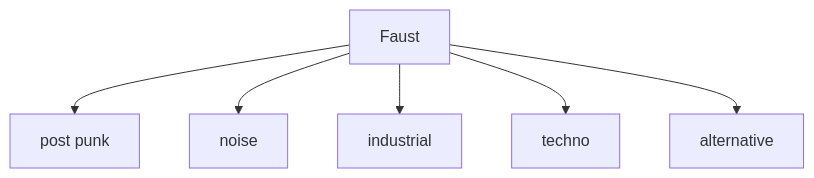
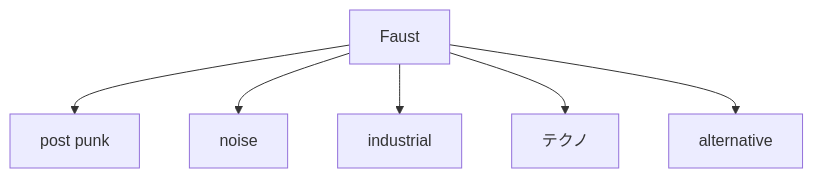
Before and after one commit to monumental-movement/monumental-movement.github.io: the sixth of 6 diagrams in en/_posts/2026-05-24-column-faust.md, drawn with Mermaid. The commit also changed other lines of this file and 445 other files, not shown here.

```diff
--- a/en/_posts/2026-05-24-column-faust.md
+++ b/en/_posts/2026-05-24-column-faust.md
@@ -352,8 +352,8 @@
 <div class="mermaid">
 graph TD
 A[Faust] --> B[post punk]
 A --> C[noise]
 A --> D[industrial]
-A --> E[techno]
+A --> E[テクノ]
 A --> F[alternative]
 </div>
```
